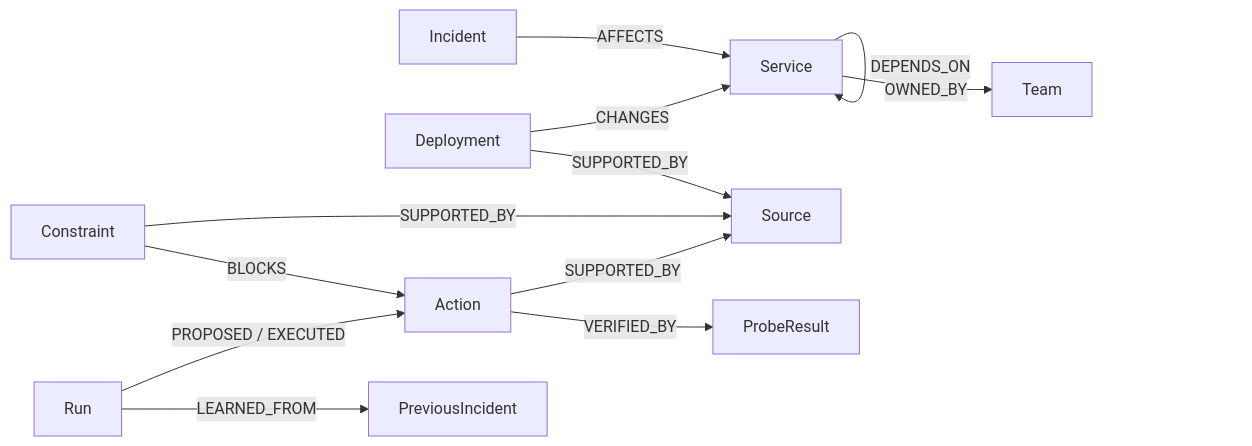
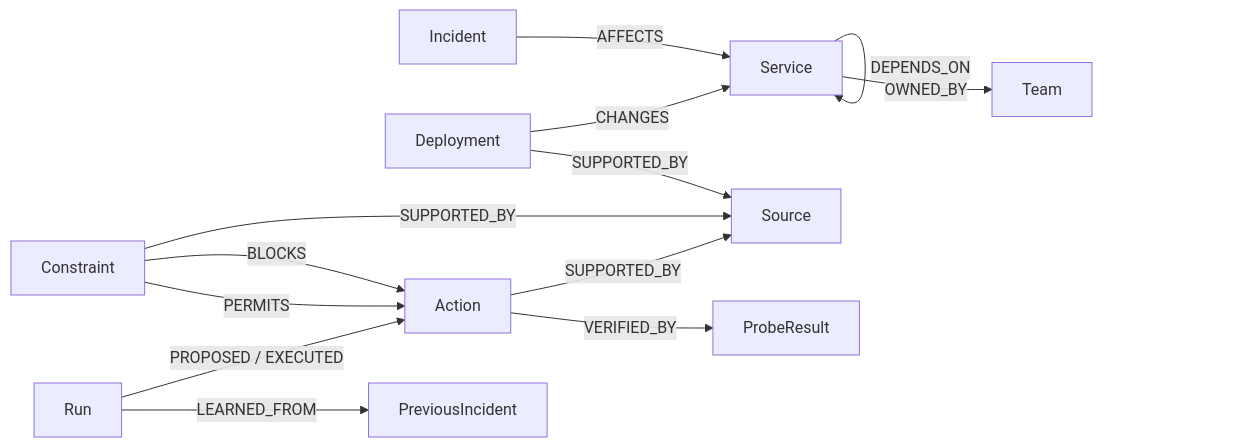
One commit to Guruchandar360/ripple-graph-hacks changed the diagram in docs/GRAPH.md. Above: the diagram before and after it, drawn with Mermaid. The commit also changed other lines of this file and 9 other files, not shown here.

````diff
--- a/docs/GRAPH.md
+++ b/docs/GRAPH.md
@@ -3,14 +3,15 @@
 ```mermaid
 graph LR
   Incident -->|AFFECTS| Service
   Service -->|DEPENDS_ON| Service
   Service -->|OWNED_BY| Team
   Deployment -->|CHANGES| Service
   Deployment -->|SUPPORTED_BY| Source
   Constraint -->|SUPPORTED_BY| Source
   Constraint -->|BLOCKS| Action
+  Constraint -->|PERMITS| Action
   Run -->|PROPOSED / EXECUTED| Action
   Action -->|SUPPORTED_BY| Source
   Action -->|VERIFIED_BY| ProbeResult
   Run -->|LEARNED_FROM| PreviousIncident
 ```
````
